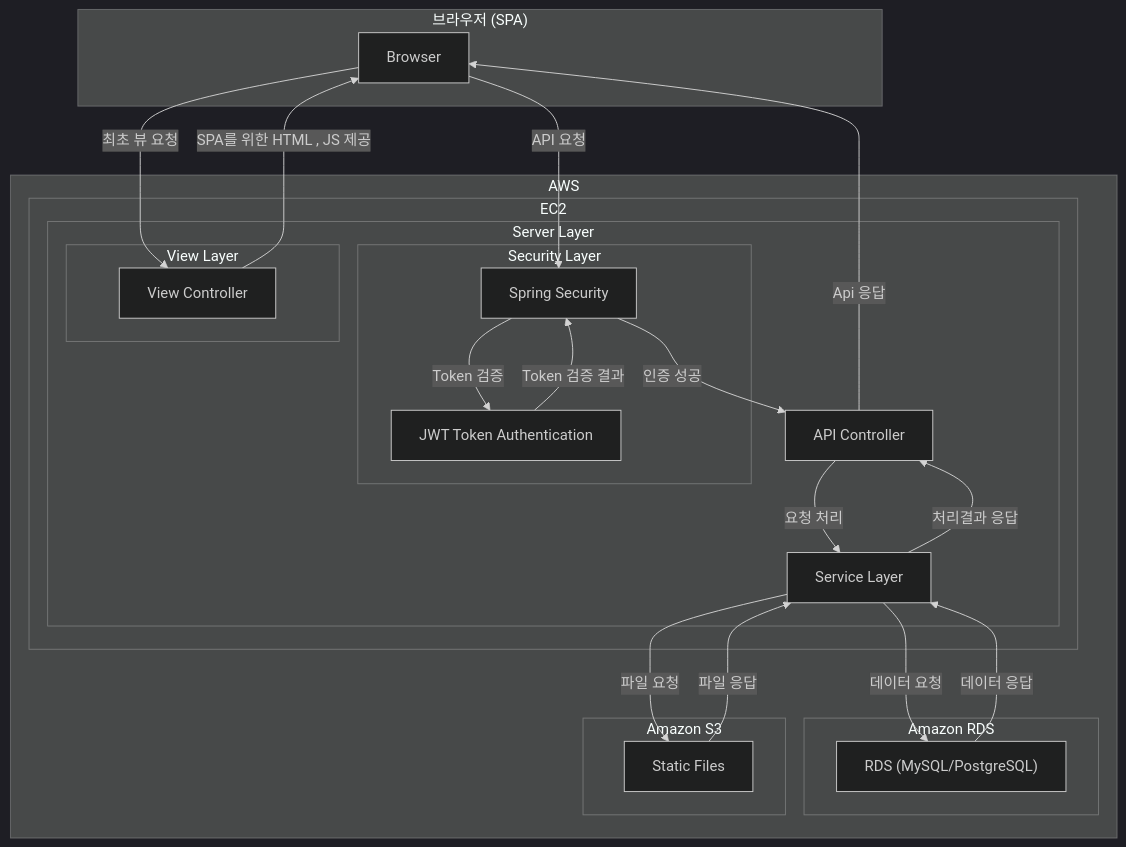
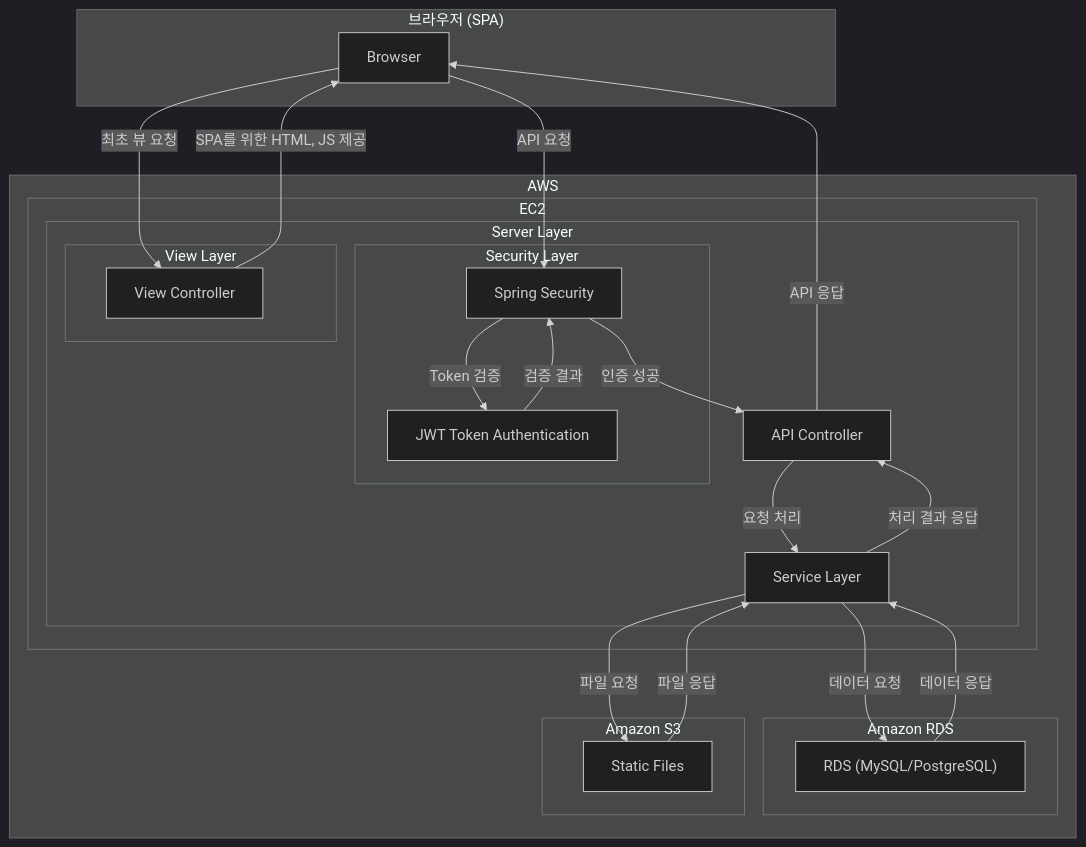
The diagram in README.md (leein1/soundBrew), drawn with Mermaid (dark theme) before and after one commit. The commit also changed other lines of this file, not shown here.

````diff
--- a/README.md
+++ b/README.md
@@ -61,55 +125,50 @@
 ```mermaid
 graph TD
     subgraph Web_Browser["브라우저 (SPA)"]
         Browser["Browser"]
     end
 
     subgraph AWS ["AWS"]
         subgraph EC2 ["EC2"]
             
             subgraph Server_Layer ["Server Layer"]
-
                 subgraph Security_Layer ["Security Layer"]
                     SpringSecurity["Spring Security"]
                     JWT["JWT Token Authentication"]
                 end
 
                 subgraph View_Layer ["View Layer"]
                     ViewController["View Controller"]
                 end
 
                 Controller["API Controller"] 
-
                 Service["Service Layer"]
             end
-        
         end
 
         subgraph RDS ["Amazon RDS"]
             Database["RDS (MySQL/PostgreSQL)"]
         end
 
         subgraph S3 ["Amazon S3"]
             StaticFiles["Static Files"]
         end
     end
 
     %% 요청 흐름
     Browser -->|최초 뷰 요청| ViewController
-    ViewController --> |SPA를 위한 HTML , JS 제공| Browser
-
+    ViewController -->|SPA를 위한 HTML, JS 제공| Browser
     Browser -->|API 요청| SpringSecurity
     SpringSecurity -->|Token 검증| JWT
-    JWT --> |Token 검증 결과| SpringSecurity
+    JWT -->|검증 결과| SpringSecurity
     SpringSecurity -->|인증 성공| Controller
     Controller -->|요청 처리| Service
     Service -->|데이터 요청| Database
     Service -->|파일 요청| StaticFiles
 
     %% 응답 흐름
     Database -->|데이터 응답| Service
     StaticFiles -->|파일 응답| Service
-    Service -->|처리결과 응답| Controller
-    Controller -->|Api 응답| Browser
-
+    Service -->|처리 결과 응답| Controller
+    Controller -->|API 응답| Browser
 ```
````
